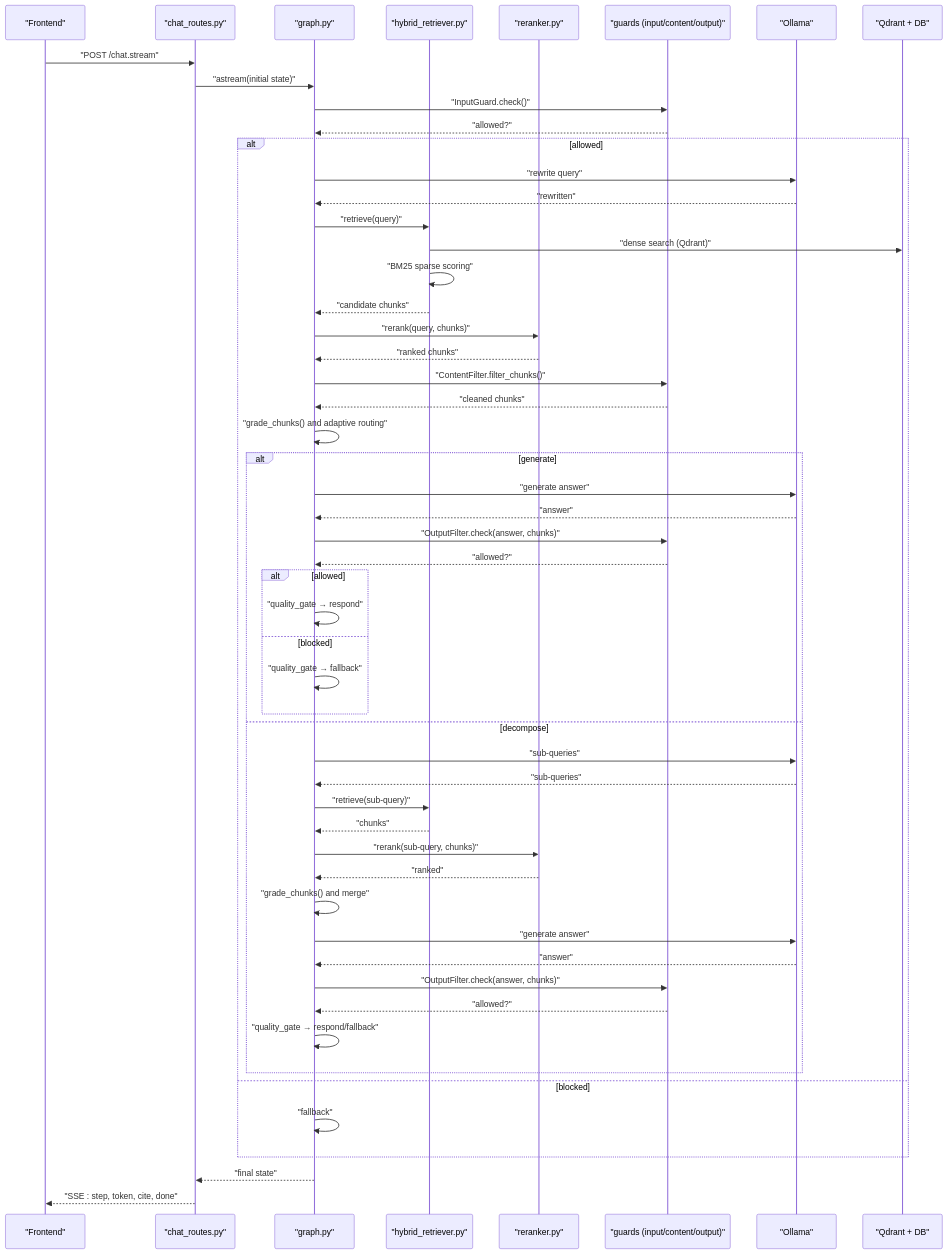
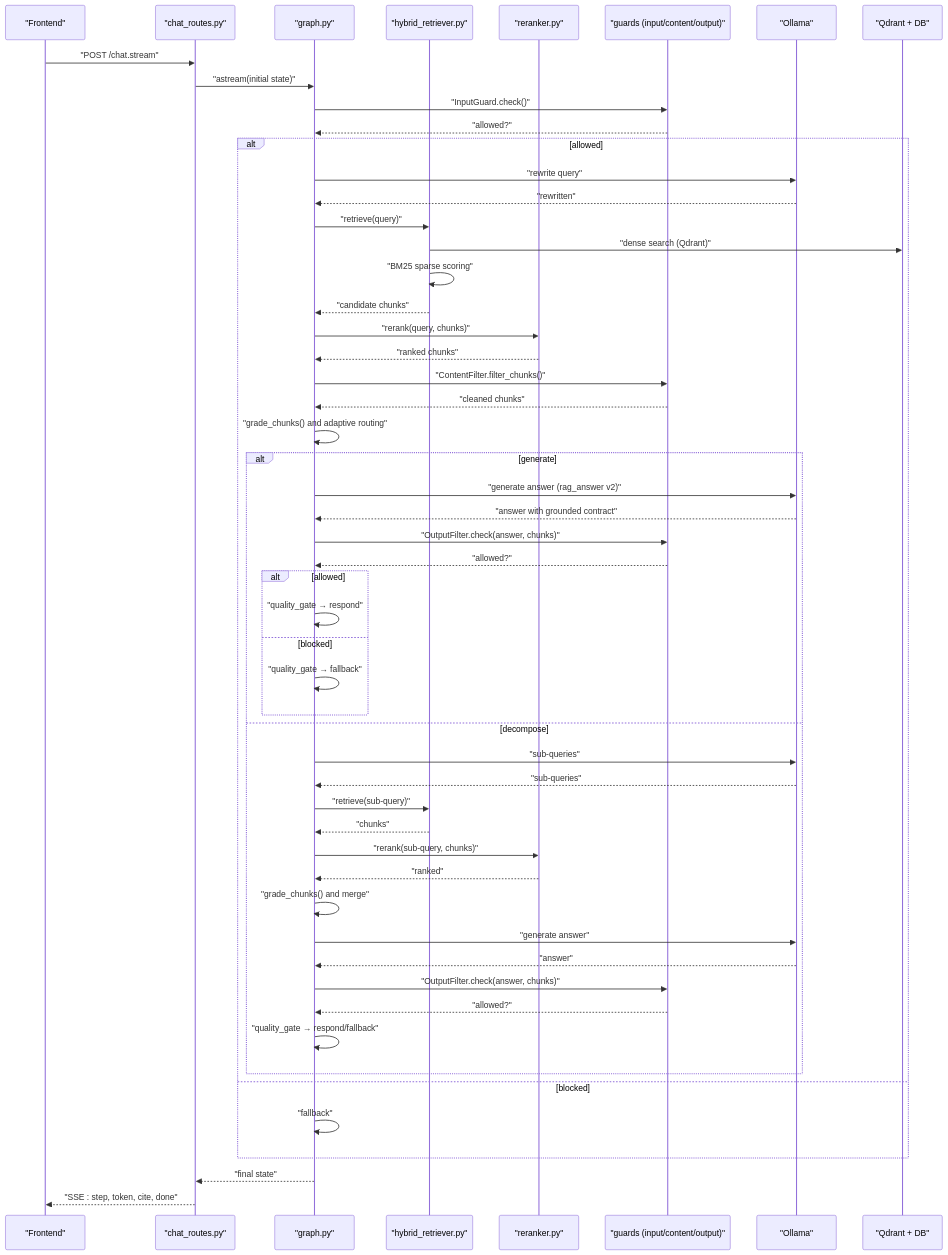
Before and after one commit to genes8/private-ai: the second of 12 diagrams in .qoder/repowiki/en/content/Backend Development/Service Layer/RAG Pipeline Service.md, drawn with Mermaid. The commit also changed other lines of this file and 19 other files, not shown here.

First line of the commit message:
feat(rag): grounded inference answer contract, numbered citations, output filter inference guard

````diff
--- a/.qoder/repowiki/en/content/Backend Development/Service Layer/RAG Pipeline Service.md
+++ b/.qoder/repowiki/en/content/Backend Development/Service Layer/RAG Pipeline Service.md
@@ -171,56 +189,56 @@
 ```mermaid
 sequenceDiagram
 participant FE as "Frontend"
 participant API as "chat_routes.py"
 participant GR as "graph.py"
 participant RET as "hybrid_retriever.py"
 participant RER as "reranker.py"
 participant SEC as "guards (input/content/output)"
 participant OLL as "Ollama"
 participant DB as "Qdrant + DB"
 FE->>API : "POST /chat.stream"
 API->>GR : "astream(initial state)"
 GR->>SEC : "InputGuard.check()"
 SEC-->>GR : "allowed?"
 alt allowed
 GR->>OLL : "rewrite query"
 OLL-->>GR : "rewritten"
 GR->>RET : "retrieve(query)"
 RET->>DB : "dense search (Qdrant)"
 RET->>RET : "BM25 sparse scoring"
 RET-->>GR : "candidate chunks"
 GR->>RER : "rerank(query, chunks)"
 RER-->>GR : "ranked chunks"
 GR->>SEC : "ContentFilter.filter_chunks()"
 SEC-->>GR : "cleaned chunks"
 GR->>GR : "grade_chunks() and adaptive routing"
 alt generate
-GR->>OLL : "generate answer"
-OLL-->>GR : "answer"
+GR->>OLL : "generate answer (rag_answer v2)"
+OLL-->>GR : "answer with grounded contract"
 GR->>SEC : "OutputFilter.check(answer, chunks)"
 SEC-->>GR : "allowed?"
 alt allowed
 GR->>GR : "quality_gate → respond"
 else blocked
 GR->>GR : "quality_gate → fallback"
 end
 else decompose
 GR->>OLL : "sub-queries"
 OLL-->>GR : "sub-queries"
 GR->>RET : "retrieve(sub-query)"
 RET-->>GR : "chunks"
 GR->>RER : "rerank(sub-query, chunks)"
 RER-->>GR : "ranked"
 GR->>GR : "grade_chunks() and merge"
 GR->>OLL : "generate answer"
 OLL-->>GR : "answer"
 GR->>SEC : "OutputFilter.check(answer, chunks)"
 SEC-->>GR : "allowed?"
 GR->>GR : "quality_gate → respond/fallback"
 end
 else blocked
 GR->>GR : "fallback"
 end
 GR-->>API : "final state"
 API-->>FE : "SSE : step, token, cite, done"
 ```
````
